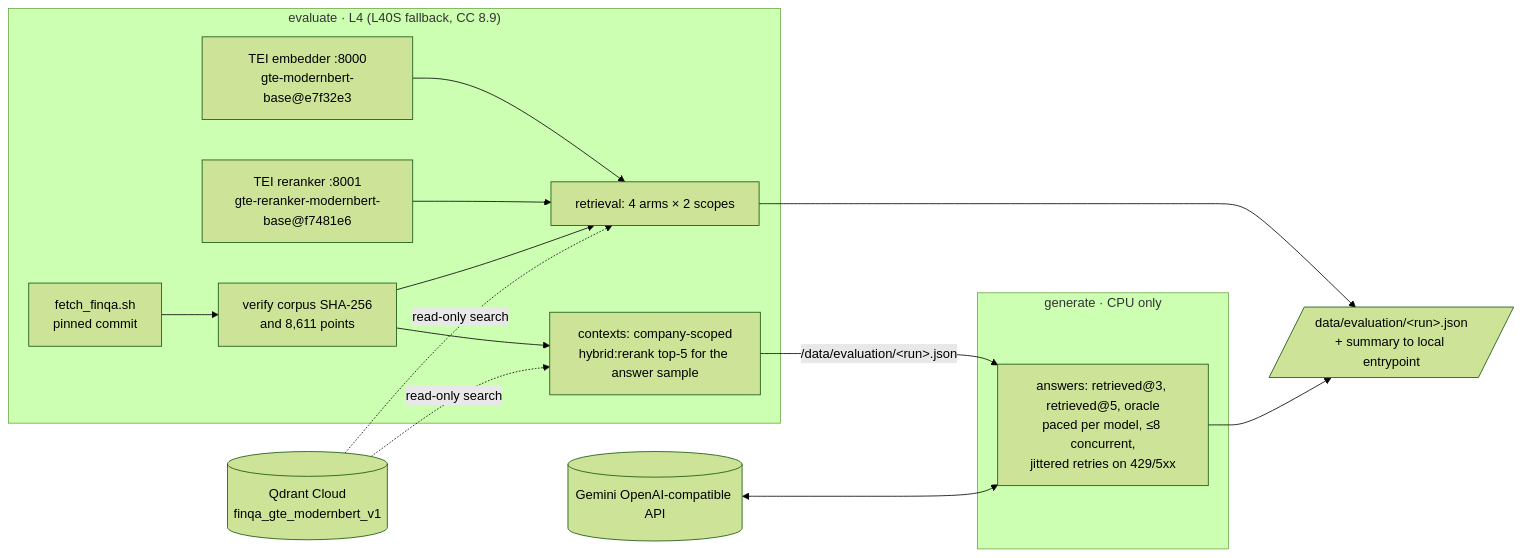
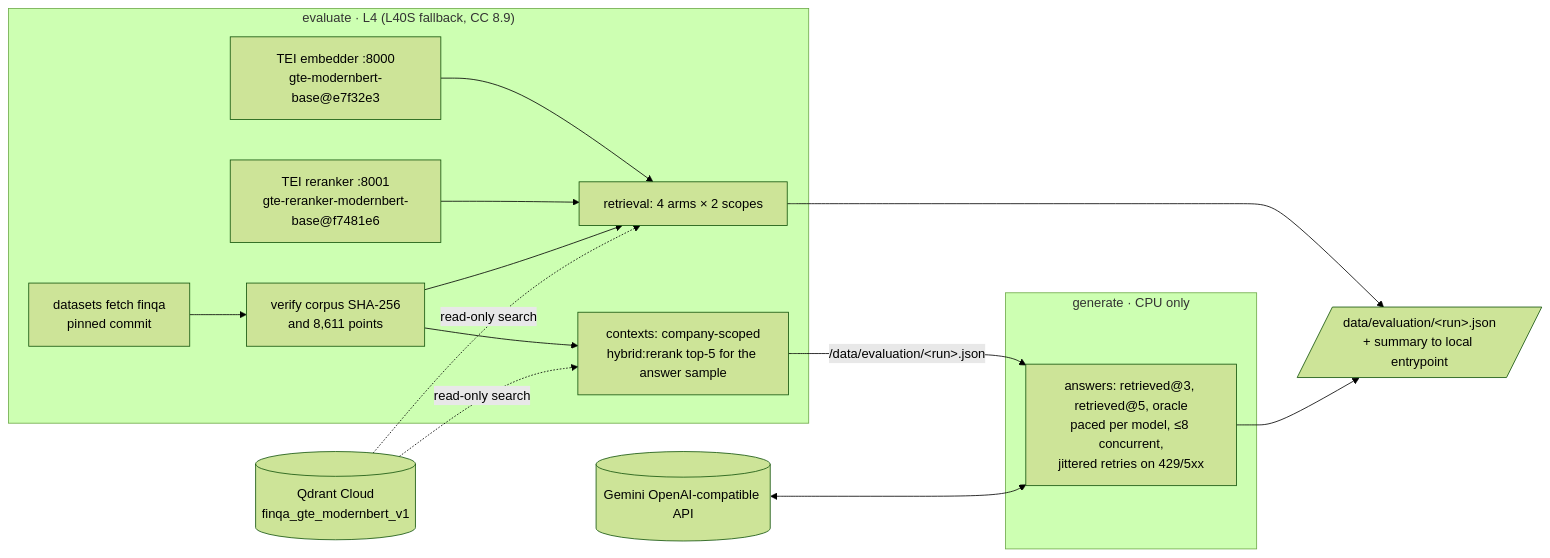
The second of 2 diagrams in docs/EVALUATION.md (tushar-mahalya/ledger_rag), drawn with Mermaid (forest theme) before and after one commit. The commit also changed other lines of this file and 295 other files, not shown here.

````diff
--- a/docs/EVALUATION.md
+++ b/docs/EVALUATION.md
@@ -916,17 +916,17 @@
 ```mermaid
 flowchart LR
   subgraph GPU["evaluate · L4 (L40S fallback, CC 8.9)"]
-    F[fetch_finqa.sh<br/>pinned commit] --> V[verify corpus SHA-256<br/>and 8,611 points]
+    F[datasets fetch finqa<br/>pinned commit] --> V[verify corpus SHA-256<br/>and 8,611 points]
     T1[TEI embedder :8000<br/>gte-modernbert-base@e7f32e3] --> R
     T2[TEI reranker :8001<br/>gte-reranker-modernbert-base@f7481e6] --> R
     V --> R[retrieval: 4 arms × 2 scopes]
     V --> C[contexts: company-scoped<br/>hybrid:rerank top-5 for the answer sample]
   end
   Q[(Qdrant Cloud<br/>finqa_gte_modernbert_v1)] -. read-only search .-> R & C
   C -->|/data/evaluation/&lt;run&gt;.json| G
   subgraph CPU["generate · CPU only"]
     G[answers: retrieved@3, retrieved@5, oracle<br/>paced per model, ≤8 concurrent,<br/>jittered retries on 429/5xx]
   end
   L[(Gemini OpenAI-compatible API)] <--> G
   R & G --> O[/data/evaluation/&lt;run&gt;.json<br/>+ summary to local entrypoint/]
 ```
````
